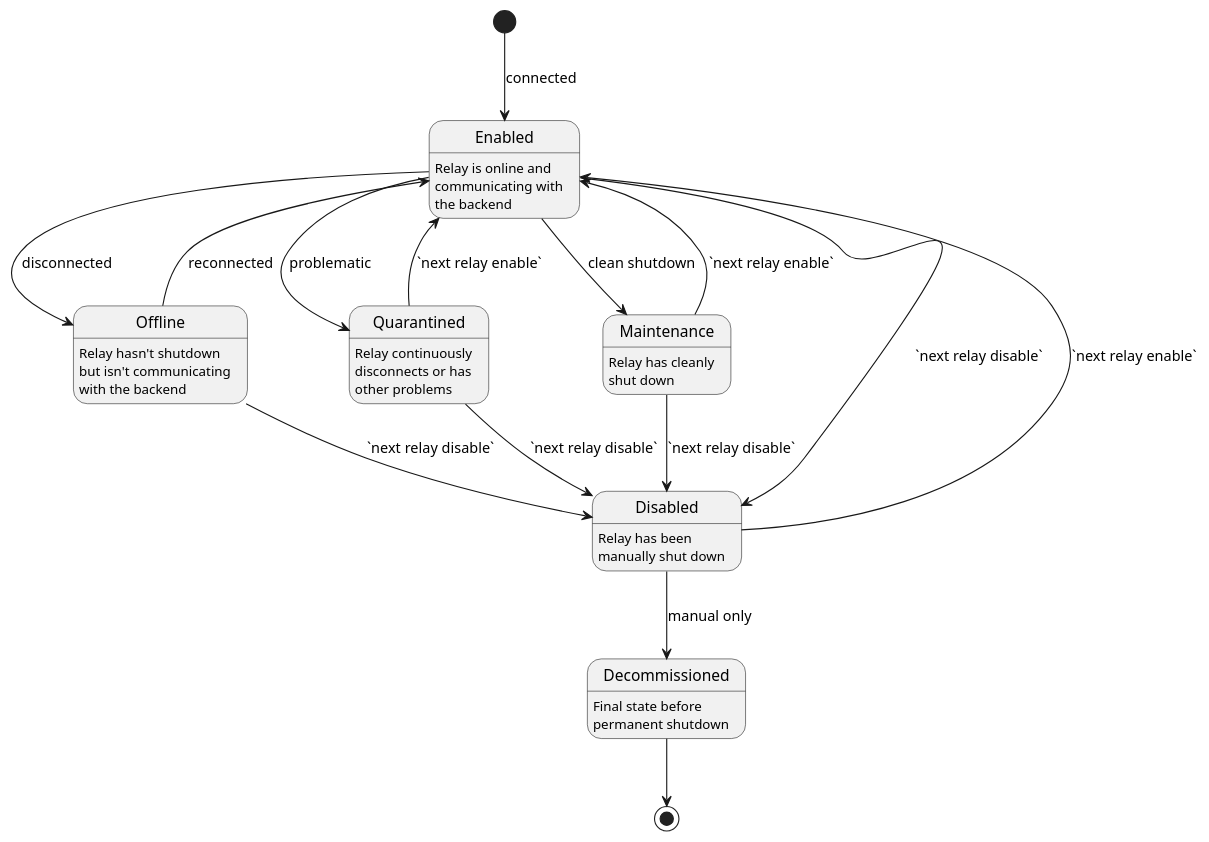
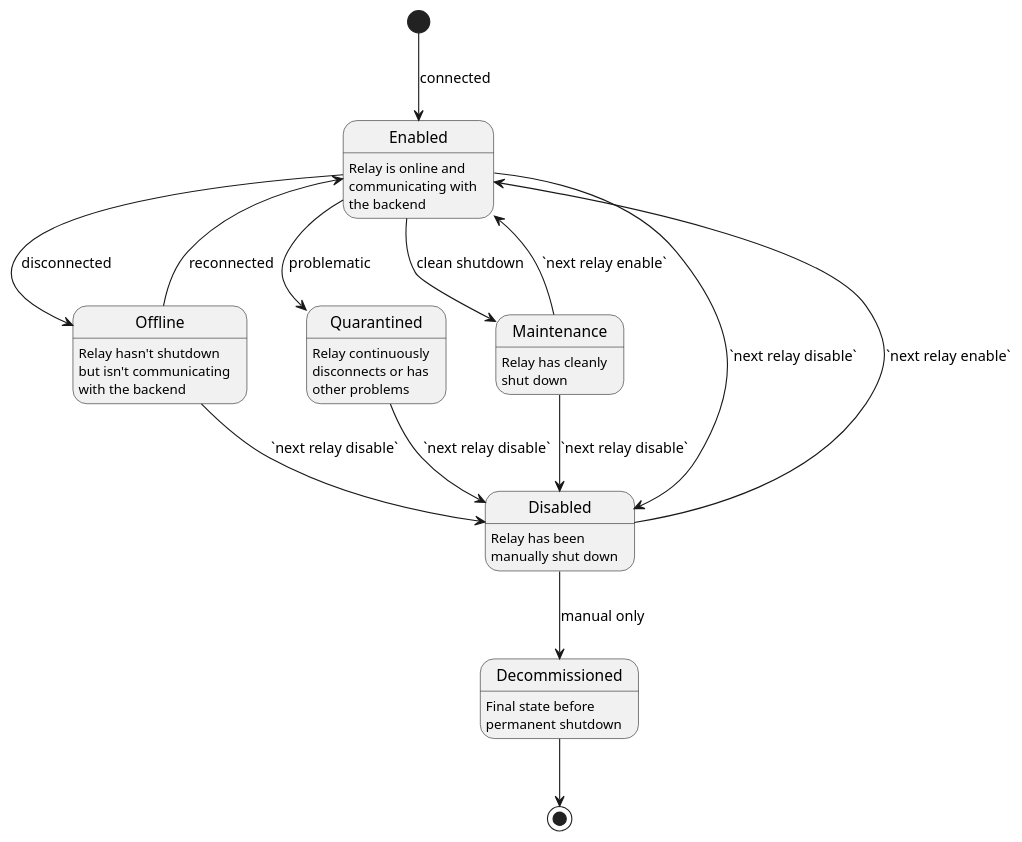
One commit to networknext/next changed the diagram in .diagrams/relay-state.plantuml. Above: the diagram before and after it, drawn with PlantUML.

Commit message:
Removed quarantine --> enabled

```diff
--- a/.diagrams/relay-state.plantuml
+++ b/.diagrams/relay-state.plantuml
@@ -1,23 +1,22 @@
 @startuml
 Enabled : Relay is online and\ncommunicating with\nthe backend
     Offline : Relay hasn't shutdown\nbut isn't communicating\nwith the backend
     Quarantined : Relay continuously\ndisconnects or has\nother problems
     Maintenance : Relay has cleanly\nshut down
     Disabled : Relay has been\nmanually shut down
     Decommissioned : Final state before\npermanent shutdown
 
     [*] --> Enabled : connected
     Enabled --> Offline : disconnected
     Offline --> Enabled : reconnected
     Offline --> Disabled : `next relay disable`
     Enabled --> Quarantined : problematic
     Enabled --> Maintenance : clean shutdown
     Enabled --> Disabled : `next relay disable`
     Maintenance --> Enabled : `next relay enable`
-    Quarantined --> Enabled : `next relay enable`
     Quarantined --> Disabled : `next relay disable`
     Maintenance --> Disabled : `next relay disable`
     Disabled --> Enabled : `next relay enable`
     Disabled --> Decommissioned : manual only
     Decommissioned --> [*]
 @enduml
```
